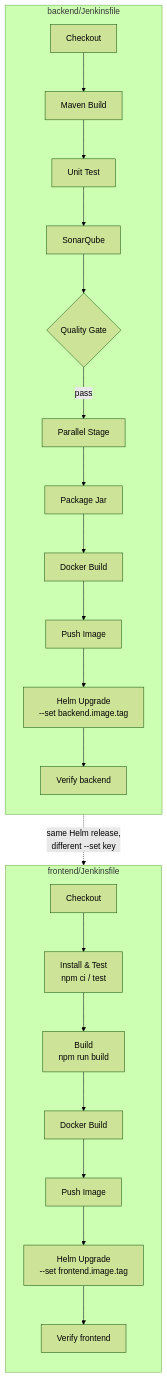
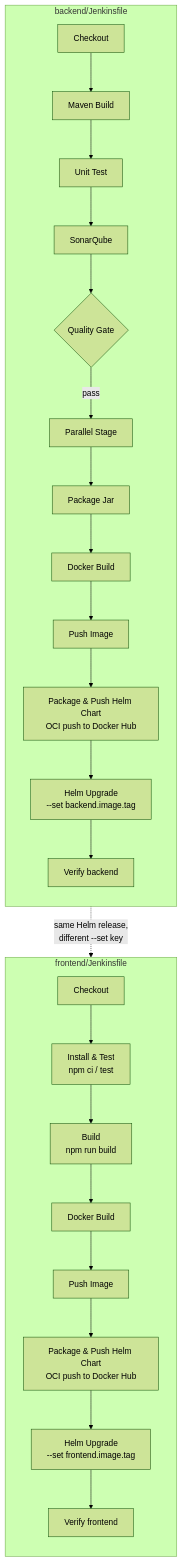
Before and after one commit to srikanth78933/Enterprise-DevOps-Learning-Platform: the first of 2 diagrams in architecture/pipeline-diagram.md, drawn with Mermaid (forest theme). The commit also changed other lines of this file and 4 other files, not shown here.

First line of the commit message:
Package and push the Helm chart to Docker Hub as an OCI artifact

````diff
--- a/architecture/pipeline-diagram.md
+++ b/architecture/pipeline-diagram.md
@@ -8,22 +8,24 @@
 ```mermaid
 flowchart TD
     subgraph BE["backend/Jenkinsfile"]
         direction TB
         B1[Checkout] --> B2[Maven Build] --> B3[Unit Test] --> B4[SonarQube]
         B4 --> B5{Quality Gate}
         B5 -- pass --> B6[Parallel Stage] --> B7[Package Jar]
         B7 --> B8[Docker Build] --> B9[Push Image]
-        B9 --> B10["Helm Upgrade<br/>--set backend.image.tag"]
+        B9 --> B9c["Package & Push Helm Chart<br/>OCI push to Docker Hub"]
+        B9c --> B10["Helm Upgrade<br/>--set backend.image.tag"]
         B10 --> B11[Verify backend]
     end
 
     subgraph FE["frontend/Jenkinsfile"]
         direction TB
         F1[Checkout] --> F2["Install & Test<br/>npm ci / test"] --> F3["Build<br/>npm run build"]
         F3 --> F4[Docker Build] --> F5[Push Image]
-        F5 --> F6["Helm Upgrade<br/>--set frontend.image.tag"]
+        F5 --> F5c["Package & Push Helm Chart<br/>OCI push to Docker Hub"]
+        F5c --> F6["Helm Upgrade<br/>--set frontend.image.tag"]
         F6 --> F7[Verify frontend]
     end
 
     B10 -.->|"same Helm release,\ndifferent --set key"| F6
 ```
````
